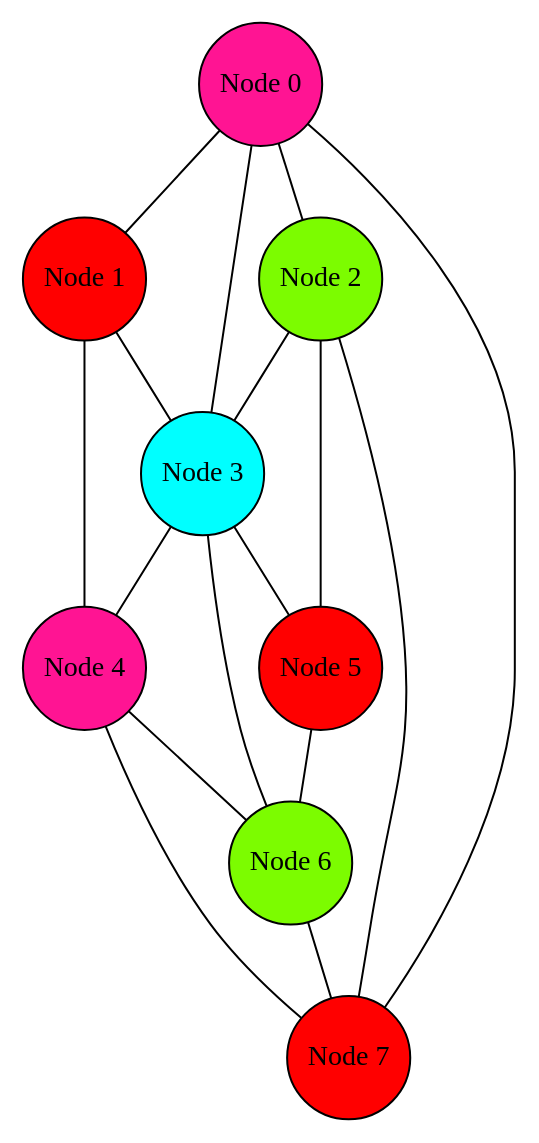
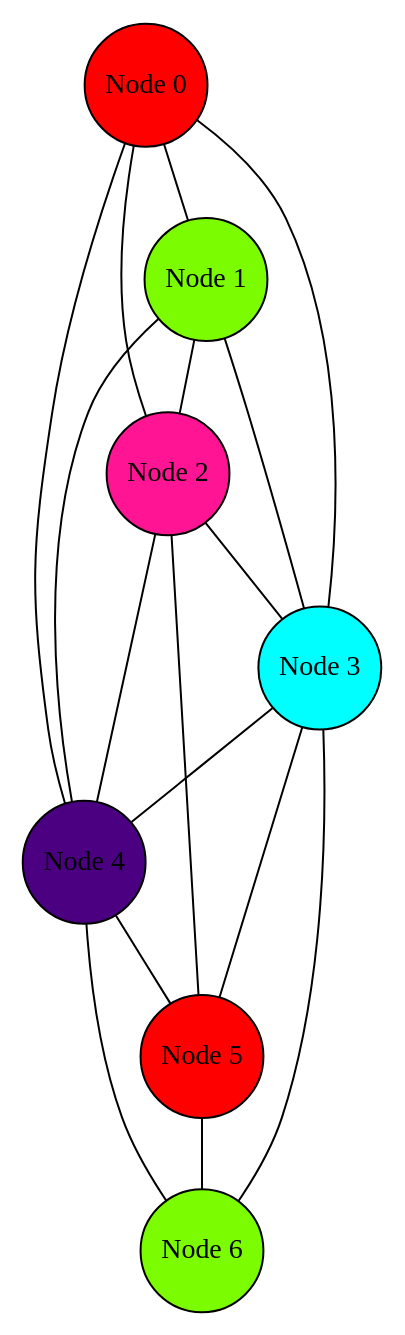
One commit to AlexanderSenchenko/Graph_coloring changed the diagram in graph.gv. Above: the diagram before and after it, drawn with Graphviz. The commit also changed 4 other files, not shown here.

```diff
--- a/graph.gv
+++ b/graph.gv
@@ -1,30 +1,29 @@
 digraph HelloGraph {
 	node [shape="circle", style="filled", margin="0.01"];
 	edge [dir="none"];
 
-	"Node 0" [fillcolor="deeppink"]
-	"Node 1" [fillcolor="red"]
-	"Node 2" [fillcolor="lawngreen"]
+	"Node 0" [fillcolor="red"]
+	"Node 1" [fillcolor="lawngreen"]
+	"Node 2" [fillcolor="deeppink"]
 	"Node 3" [fillcolor="cyan"]
-	"Node 4" [fillcolor="deeppink"]
+	"Node 4" [fillcolor="indigo"]
 	"Node 5" [fillcolor="red"]
 	"Node 6" [fillcolor="lawngreen"]
-	"Node 7" [fillcolor="red"]
 
 	"Node 0" -> "Node 1";
 	"Node 0" -> "Node 2";
 	"Node 0" -> "Node 3";
-	"Node 0" -> "Node 7";
+	"Node 0" -> "Node 4";
+	"Node 1" -> "Node 2";
 	"Node 1" -> "Node 3";
 	"Node 1" -> "Node 4";
 	"Node 2" -> "Node 3";
+	"Node 2" -> "Node 4";
 	"Node 2" -> "Node 5";
-	"Node 2" -> "Node 7";
 	"Node 3" -> "Node 4";
 	"Node 3" -> "Node 5";
 	"Node 3" -> "Node 6";
+	"Node 4" -> "Node 5";
 	"Node 4" -> "Node 6";
-	"Node 4" -> "Node 7";
 	"Node 5" -> "Node 6";
-	"Node 6" -> "Node 7";
 }
```
